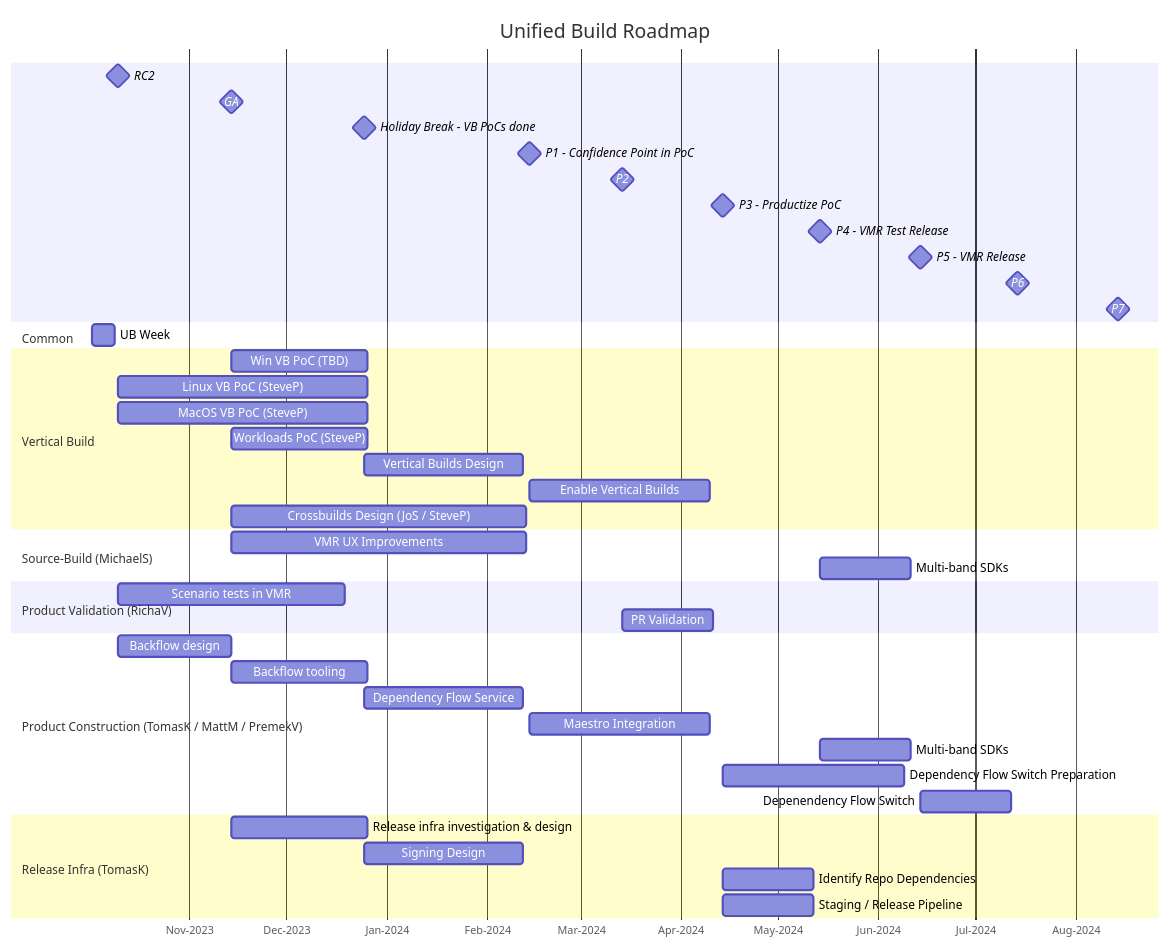
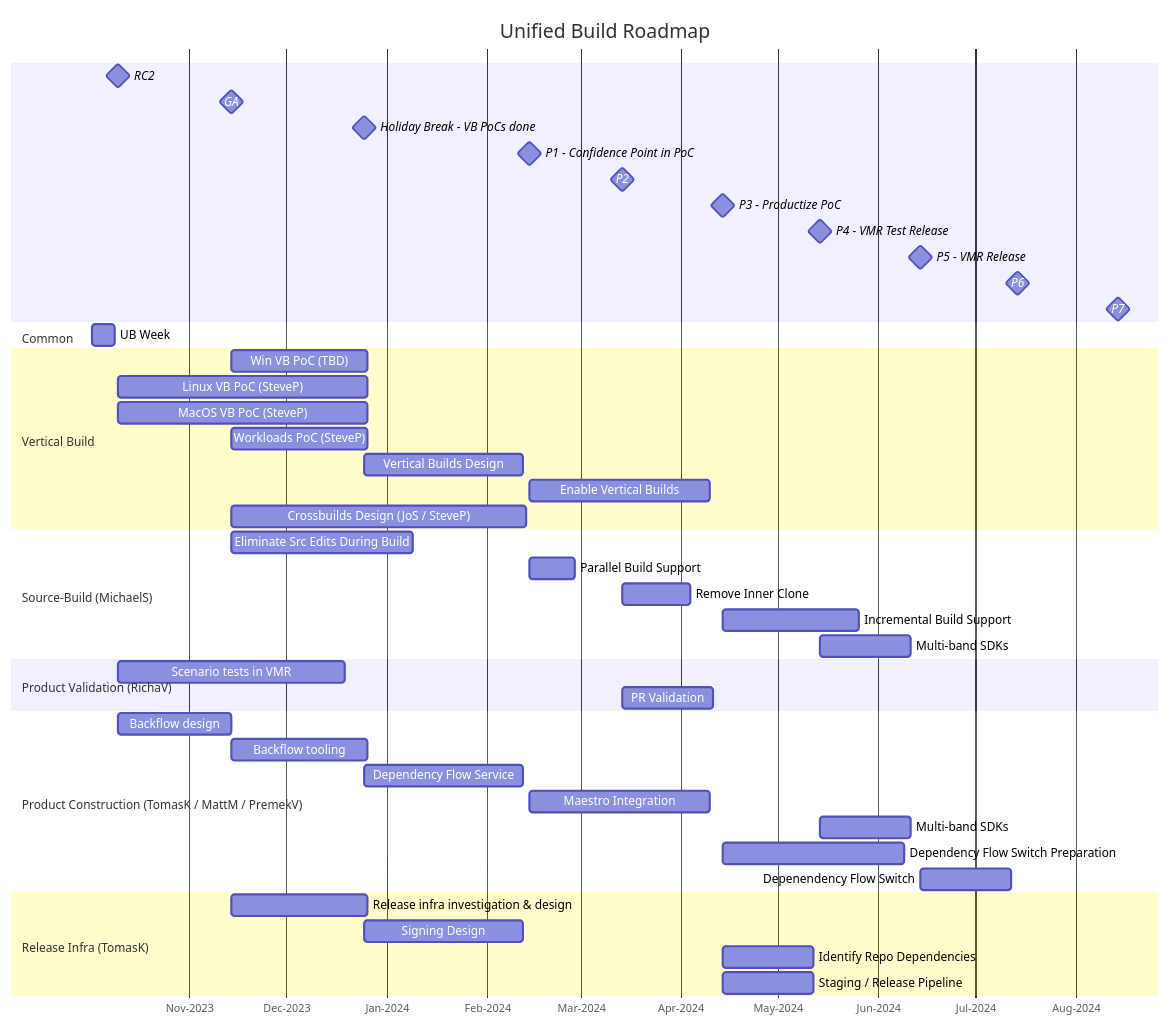
The diagram in Documentation/UnifiedBuild/UB-Roadmap.md (dotnet/arcade), drawn with Mermaid before and after one commit.

Commit message:
Break down VMR UX enhancements work

````diff
--- a/Documentation/UnifiedBuild/UB-Roadmap.md
+++ b/Documentation/UnifiedBuild/UB-Roadmap.md
@@ -3,52 +3,55 @@
 ```mermaid
 gantt
     title Unified Build Roadmap
     axisFormat %b-%Y
     RC2: milestone, net8-rc2, 2023-10-10, 0
     GA: milestone, net8-ga, 2023-11-14, 0
     Holiday Break - VB PoCs done: milestone, holiday, 2023-12-25, 0
     %% delta between Holiday and P1 is 7w
     P1 - Confidence Point in PoC: milestone, net9-p1, 2024-02-14, 0
     P2: milestone, net9-p2, 2024-03-14, 0
     P3 - Productize PoC: milestone, net9-p3, 2024-04-14, 0
     P4 - VMR Test Release: milestone, net9-p4, 2024-05-14, 0
     P5 - VMR Release: milestone, net9-p5, 2024-06-14, 0
     P6: milestone, net9-p6, 2024-07-14, 0
     P7: milestone, net9-p7, 2024-08-14, 0
  
     section Common
         UB Week: ub-week, 2023-10-02, 1w
 
     section Vertical Build
         Win VB PoC (TBD): after net8-ga, 6w
         Linux VB PoC (SteveP): after net8-rc2, 11w
         MacOS VB PoC (SteveP): after net8-rc2, 11w
         Workloads PoC (SteveP): after net8-ga, 6w
         Vertical Builds Design: after holiday, 7w
         Enable Vertical Builds: after net9-p1, 8w
         Crossbuilds Design (JoS / SteveP): after net8-ga, 13w
 
     section Source-Build (MichaelS)
-        VMR UX Improvements: after net8-ga, 13w
+        Eliminate Src Edits During Build: after net8-ga, 8w
+        Parallel Build Support: after net9-p1, 2w
+        Remove Inner Clone: after net9-p2, 3w
+        Incremental Build Support: after net9-p3, 6w
         Multi-band SDKs: after net9-p4, 4w
 
     section Product Validation (RichaV)
         Scenario tests in VMR: after net8-rc2, 10w
         PR Validation: after net9-p2, 4w
 
     section Product Construction (TomasK / MattM / PremekV)
         Backflow design: after net8-rc2, 5w
         Backflow tooling: after net8-ga, 6w
         Dependency Flow Service: after holiday, 7w
         Maestro Integration: after net9-p1, 8w
 
         Multi-band SDKs: after net9-p4, 4w
         Dependency Flow Switch Preparation: after net9-p3, 8w
         Depenendency Flow Switch: after net9-p5, 4w
 
     section Release Infra (TomasK)
         Release infra investigation & design: after net8-ga, 6w
         Signing Design: after holiday, 7w
         Identify Repo Dependencies: after net9-p3, 4w
         Staging / Release Pipeline: after net9-p3, 4w
 ```
````
